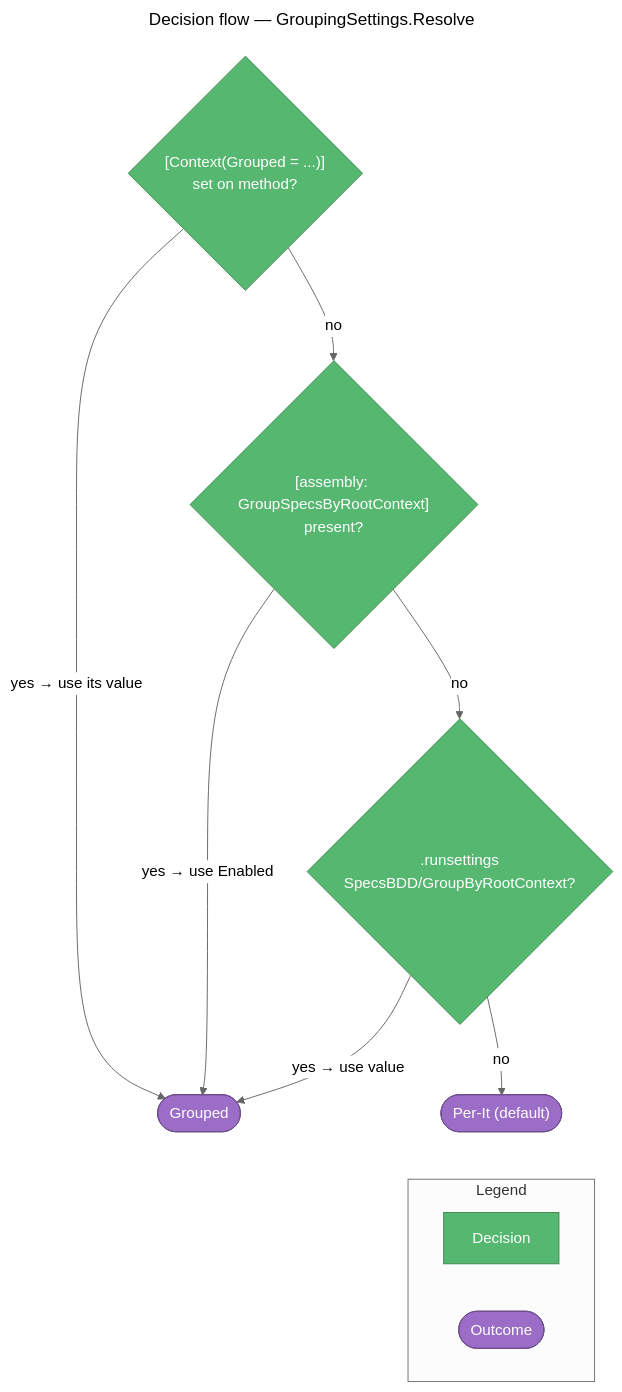
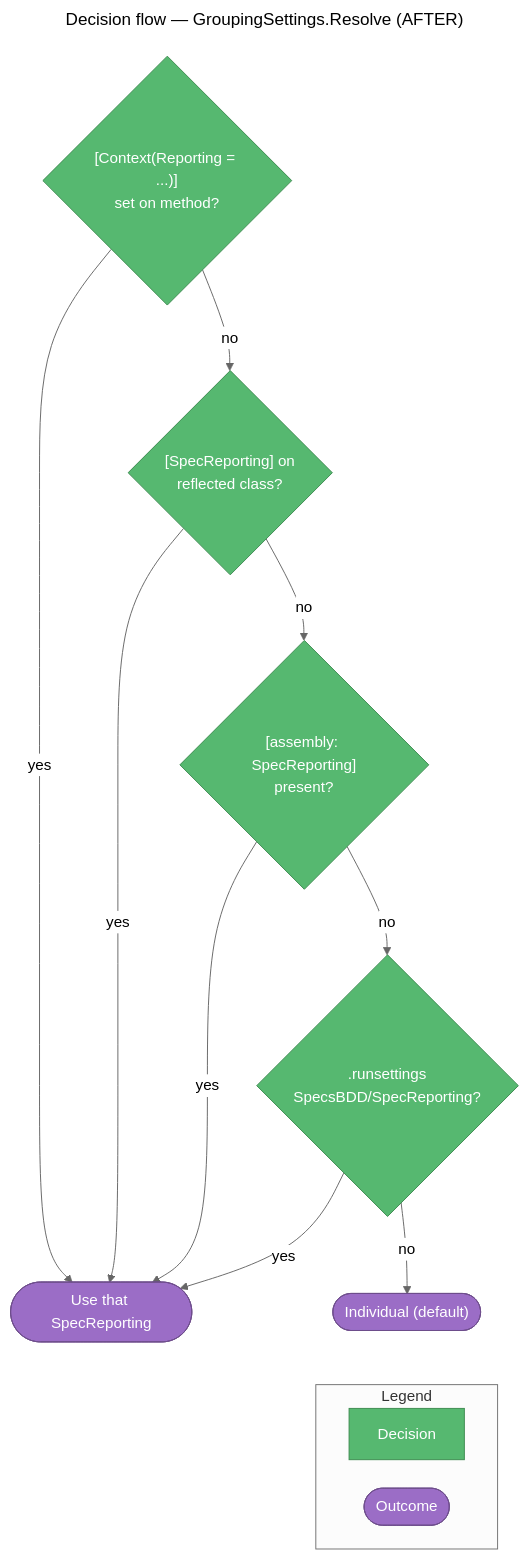
Diagram 11 of 15 in memory-bank/systemPatterns.md (yozepi/Specs), drawn with Mermaid before and after one commit. The commit also changed other lines of this file and 30 other files, not shown here.

First line of the commit message:
Add SpecReporting API and fix root lifecycle

````diff
--- a/memory-bank/systemPatterns.md
+++ b/memory-bank/systemPatterns.md
@@ -365,30 +468,30 @@
 ```mermaid
 ---
-title: "Decision flow — GroupingSettings.Resolve"
+title: "Decision flow — GroupingSettings.Resolve (AFTER)"
 ---
-%%{init: {'theme': 'neutral'}}%%
+%%{init: {'theme': 'neutral', 'flowchart': {'nodeSpacing': 30, 'rankSpacing': 45, 'wrappingWidth': 160}}}%%
 flowchart TD
-    A{"[Context(Grouped = ...)]<br/>set on method?"}:::app
-    B{"[assembly: GroupSpecsByRootContext]<br/>present?"}:::app
-    C{".runsettings<br/>SpecsBDD/GroupByRootContext?"}:::app
-    G(["Grouped"]):::data
-    P(["Per-It (default)"]):::data
+    A{"[Context(Reporting = ...)]<br/>set on method?"}:::app
+    B{"[SpecReporting] on<br/>reflected class?"}:::app
+    C{"[assembly: SpecReporting]<br/>present?"}:::app
+    D{".runsettings<br/>SpecsBDD/SpecReporting?"}:::app
+    V(["Use that SpecReporting"]):::data
+    I(["Individual (default)"]):::data
 
-    A -->|"yes → use its value"| G
     A -->|"no"| B
-    B -->|"yes → use Enabled"| G
     B -->|"no"| C
-    C -->|"yes → use value"| G
-    C -->|"no"| P
+    C -->|"no"| D
+    D -->|"no"| I
+    A & B & C & D -->|"yes"| V
 
     subgraph LEGEND["Legend"]
         direction LR
         L1["Decision"]:::app
         L2(["Outcome"]):::data
     end
 
-    P ~~~ LEGEND
+    I ~~~ LEGEND
 
     classDef app fill:#56B870,stroke:#3D8B50,color:#fff
     classDef data fill:#9B6DC6,stroke:#6E4D8C,color:#fff
 ```
````
